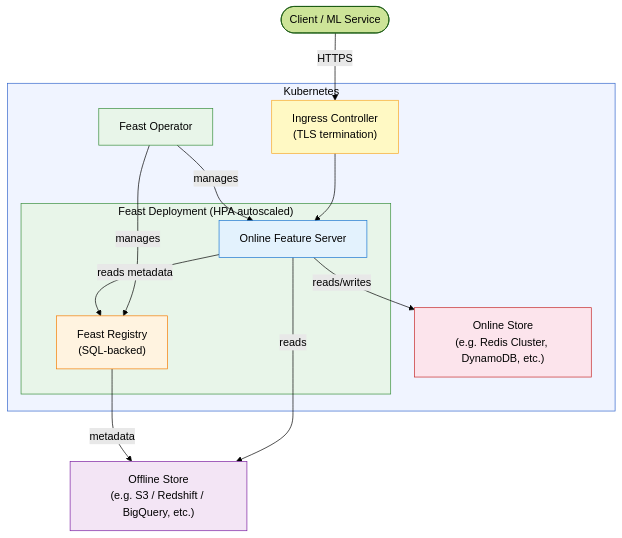
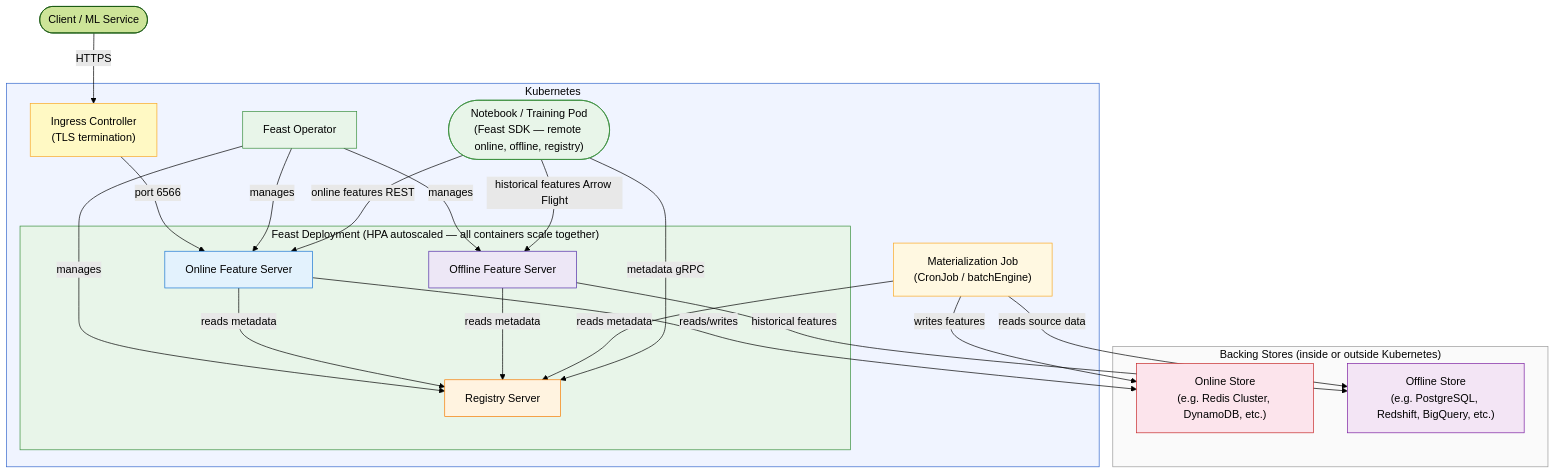
The second of 11 diagrams in docs/how-to-guides/production-deployment-topologies.md (feast-dev/feast), drawn with Mermaid (forest theme) before and after one commit. The commit also changed other lines of this file, not shown here.

````diff
--- a/docs/how-to-guides/production-deployment-topologies.md
+++ b/docs/how-to-guides/production-deployment-topologies.md
@@ -168,35 +191,51 @@
 ```mermaid
 graph TD
     Client(["Client / ML Service"]) -->|HTTPS| Ingress
 
     subgraph Kubernetes["Kubernetes"]
         Ingress["Ingress Controller<br/>(TLS termination)"]
         Operator["Feast Operator"]
+        MaterializationJob["Materialization Job<br/>(CronJob / batchEngine)"]
+        NotebookPod(["Notebook / Training Pod<br/>(Feast SDK — remote online, offline, registry)"])
 
-        subgraph FeastDeployment["Feast Deployment (HPA autoscaled)"]
-            Registry["Feast Registry<br/>(SQL-backed)"]
-            FeatureServer["Online Feature Server"]
+        subgraph FeastDeployment["Feast Deployment (HPA autoscaled — all containers scale together)"]
+            Registry["Registry Server"]
+            OnlineServer["Online Feature Server"]
+            OfflineServer["Offline Feature Server"]
         end
 
-        RedisCluster["Online Store<br/>(e.g. Redis Cluster, DynamoDB, etc.)"]
-
-        Ingress --> FeatureServer
+        Ingress -->|port 6566| OnlineServer
         Operator -->|manages| Registry
-        Operator -->|manages| FeatureServer
-        FeatureServer -->|reads/writes| RedisCluster
-        FeatureServer -->|reads metadata| Registry
+        Operator -->|manages| OnlineServer
+        Operator -->|manages| OfflineServer
+        OnlineServer -->|reads metadata| Registry
+        OfflineServer -->|reads metadata| Registry
+        MaterializationJob -->|reads metadata| Registry
+        NotebookPod -->|online features REST| OnlineServer
+        NotebookPod -->|historical features Arrow Flight| OfflineServer
+        NotebookPod -->|metadata gRPC| Registry
     end
 
-    ObjectStorage["Offline Store<br/>(e.g. S3 / Redshift / BigQuery, etc.)"]
-    FeatureServer -->|reads| ObjectStorage
-    Registry -->|metadata| ObjectStorage
+    subgraph BackingStores["Backing Stores (inside or outside Kubernetes)"]
+        RedisCluster["Online Store<br/>(e.g. Redis Cluster, DynamoDB, etc.)"]
+        OfflineStore["Offline Store<br/>(e.g. PostgreSQL, Redshift, BigQuery, etc.)"]
+    end
+
+    OnlineServer -->|reads/writes| RedisCluster
+    MaterializationJob -->|writes features| RedisCluster
+    OfflineServer -->|historical features| OfflineStore
+    MaterializationJob -->|reads source data| OfflineStore
 
     style Kubernetes fill:#f0f4ff,stroke:#3366cc,color:#000
     style FeastDeployment fill:#e8f5e9,stroke:#388e3c,color:#000
+    style BackingStores fill:#fafafa,stroke:#999,color:#000
     style Ingress fill:#fff9c4,stroke:#f9a825,color:#000
     style Operator fill:#e8f5e9,stroke:#388e3c,color:#000
     style Registry fill:#fff3e0,stroke:#f57c00,color:#000
-    style FeatureServer fill:#e3f2fd,stroke:#1976d2,color:#000
+    style OnlineServer fill:#e3f2fd,stroke:#1976d2,color:#000
+    style OfflineServer fill:#ede7f6,stroke:#512da8,color:#000
     style RedisCluster fill:#fce4ec,stroke:#c62828,color:#000
-    style ObjectStorage fill:#f3e5f5,stroke:#7b1fa2,color:#000
+    style OfflineStore fill:#f3e5f5,stroke:#7b1fa2,color:#000
+    style MaterializationJob fill:#fff8e1,stroke:#f9a825,color:#000
+    style NotebookPod fill:#e8f5e9,stroke:#388e3c,color:#000
 ```
````
